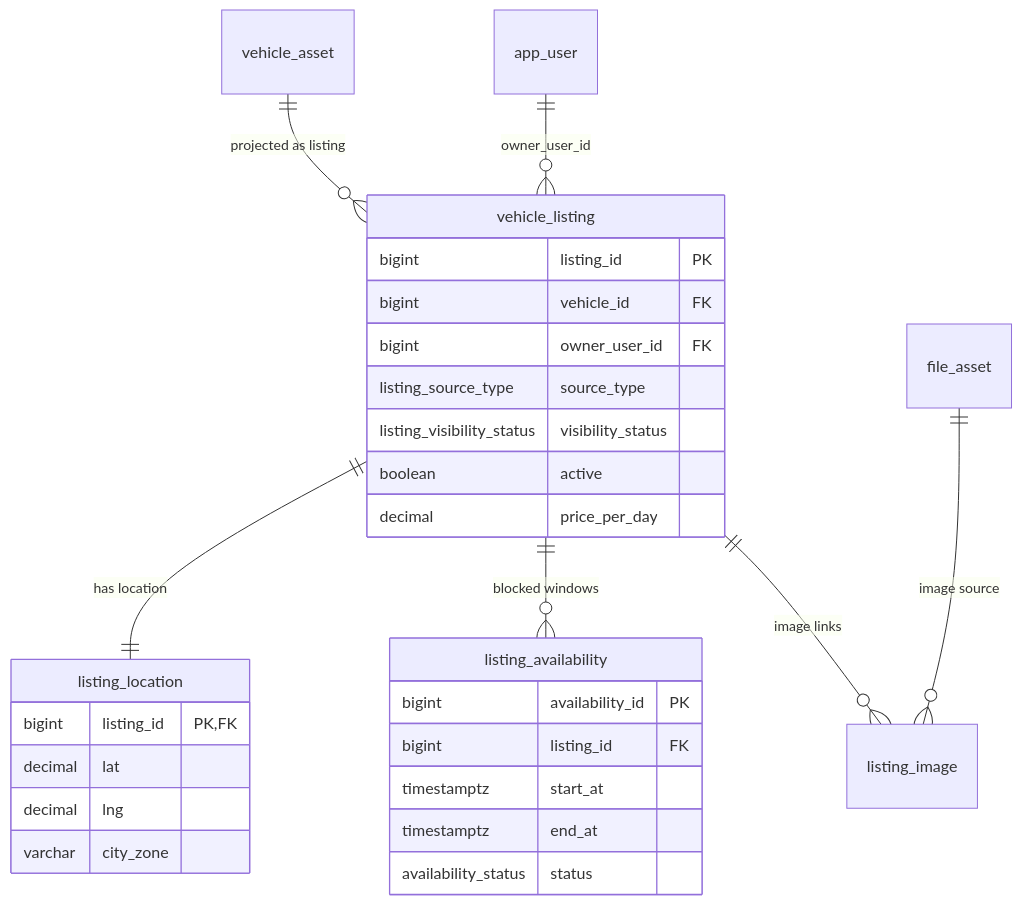
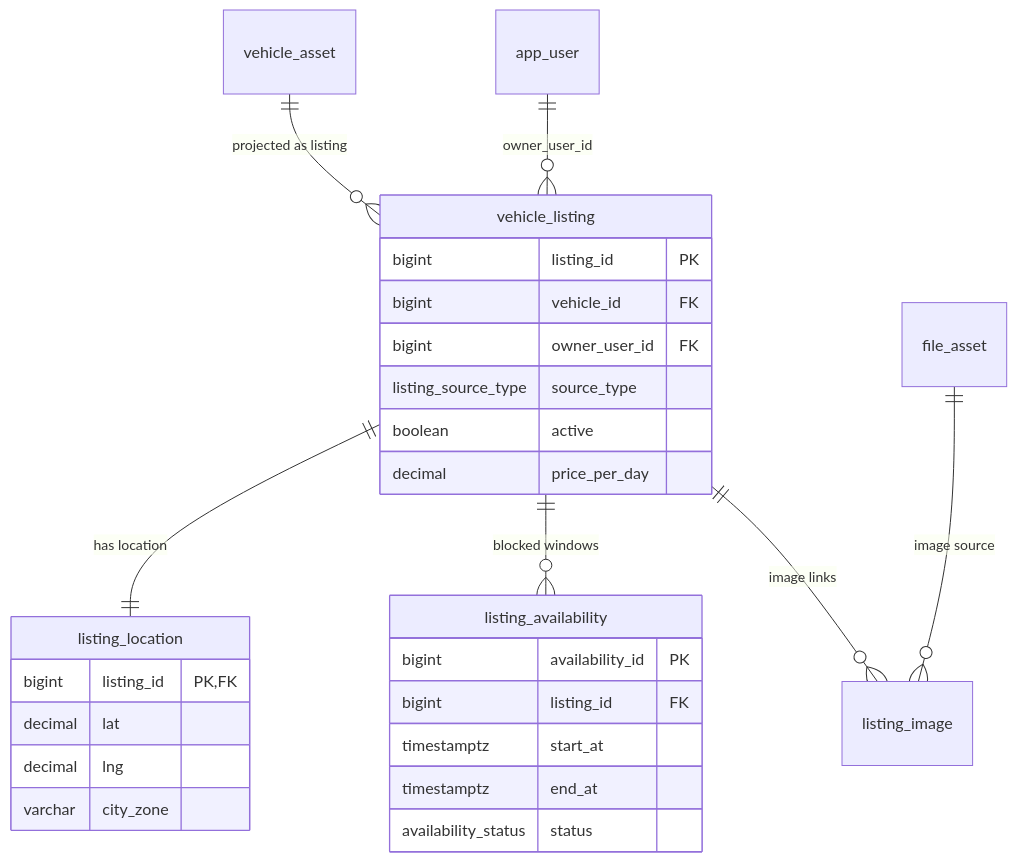
The second of 6 diagrams in docs/database-schema.md (toni8699/Metropolis), drawn with Mermaid before and after one commit. The commit also changed 10 other files, not shown here.

````diff
--- a/docs/database-schema.md
+++ b/docs/database-schema.md
@@ -43,34 +43,33 @@
 ```mermaid
 erDiagram
     vehicle_asset ||--o{ vehicle_listing : "projected as listing"
     app_user ||--o{ vehicle_listing : "owner_user_id"
     vehicle_listing ||--|| listing_location : "has location"
     vehicle_listing ||--o{ listing_availability : "blocked windows"
     vehicle_listing ||--o{ listing_image : "image links"
     file_asset ||--o{ listing_image : "image source"
 
     vehicle_listing {
         bigint listing_id PK
         bigint vehicle_id FK
         bigint owner_user_id FK
         listing_source_type source_type
-        listing_visibility_status visibility_status
         boolean active
         decimal price_per_day
     }
 
     listing_location {
         bigint listing_id PK,FK
         decimal lat
         decimal lng
         varchar city_zone
     }
 
     listing_availability {
         bigint availability_id PK
         bigint listing_id FK
         timestamptz start_at
         timestamptz end_at
         availability_status status
     }
 ```
````
